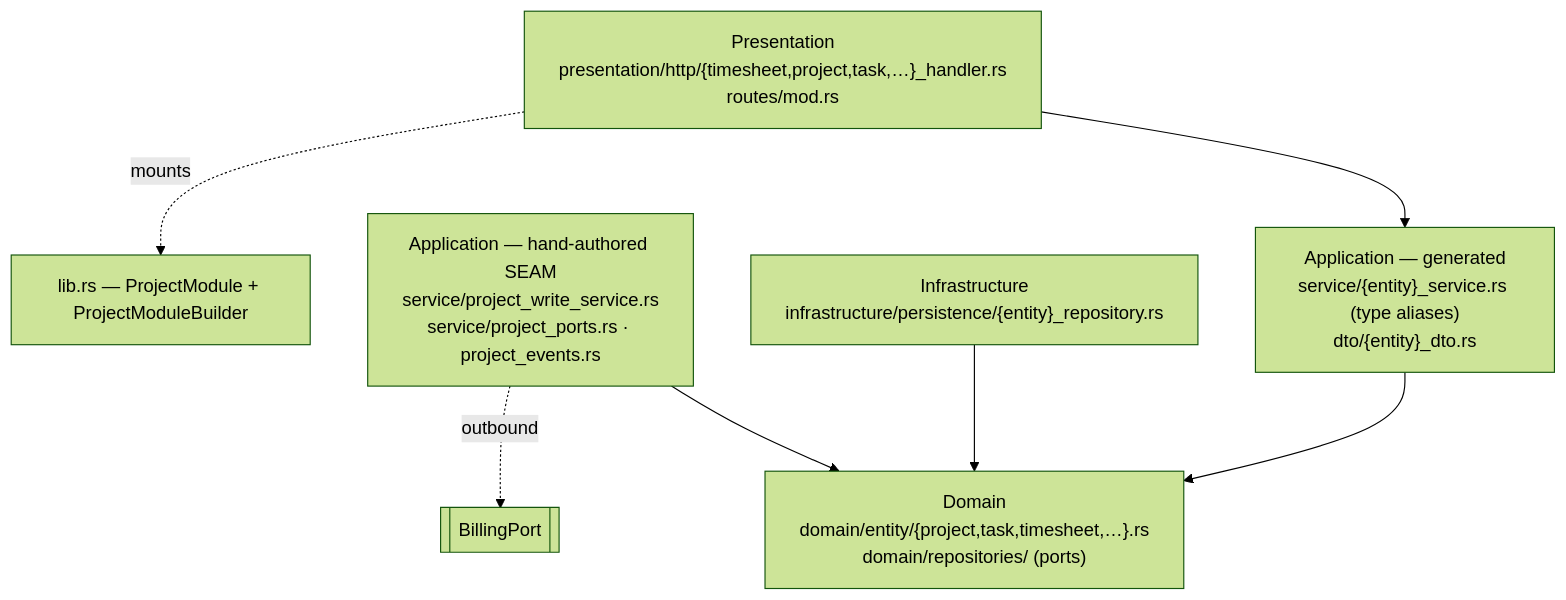
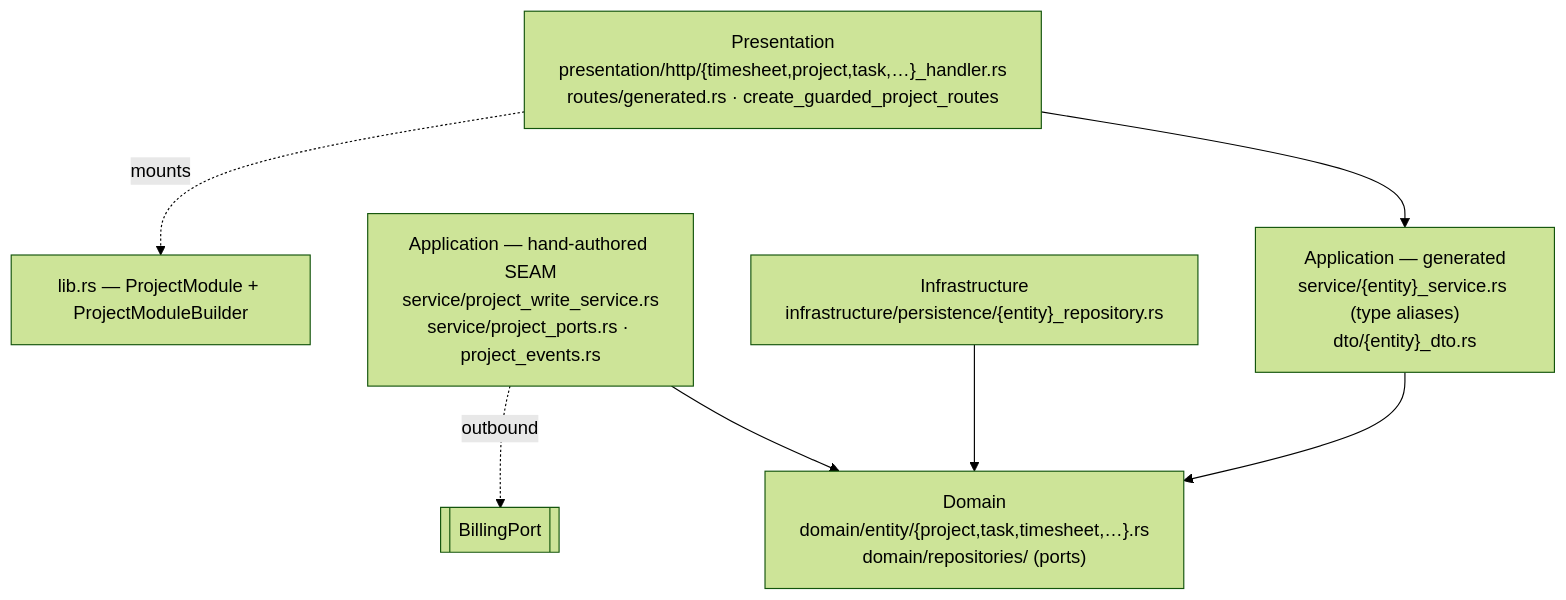
One commit to faridlab/backbone-project changed the third of 5 diagrams in docs/handbook/04-architecture.md. Above: the diagram before and after it, drawn with Mermaid (forest theme). The commit also changed other lines of this file and 5 other files, not shown here.

Commit message:
delete the orphaned src/routes/ (never declared as a module) and point the handbook at the real presentation/http route surface

````diff
--- a/docs/handbook/04-architecture.md
+++ b/docs/handbook/04-architecture.md
@@ -80,15 +80,15 @@
 ```mermaid
 flowchart TD
-    P["Presentation<br/>presentation/http/{timesheet,project,task,…}_handler.rs<br/>routes/mod.rs"]
+    P["Presentation<br/>presentation/http/{timesheet,project,task,…}_handler.rs<br/>routes/generated.rs · create_guarded_project_routes"]
     A["Application — generated<br/>service/{entity}_service.rs (type aliases)<br/>dto/{entity}_dto.rs"]
     A2["Application — hand-authored SEAM<br/>service/project_write_service.rs<br/>service/project_ports.rs · project_events.rs"]
     D["Domain<br/>domain/entity/{project,task,timesheet,…}.rs<br/>domain/repositories/ (ports)"]
     I["Infrastructure<br/>infrastructure/persistence/{entity}_repository.rs"]
 
     P --> A
     A --> D
     A2 --> D
     I --> D
     P -. mounts .-> M["lib.rs — ProjectModule + ProjectModuleBuilder"]
     A2 -. outbound .-> PORT[[BillingPort]]
 ```
````
